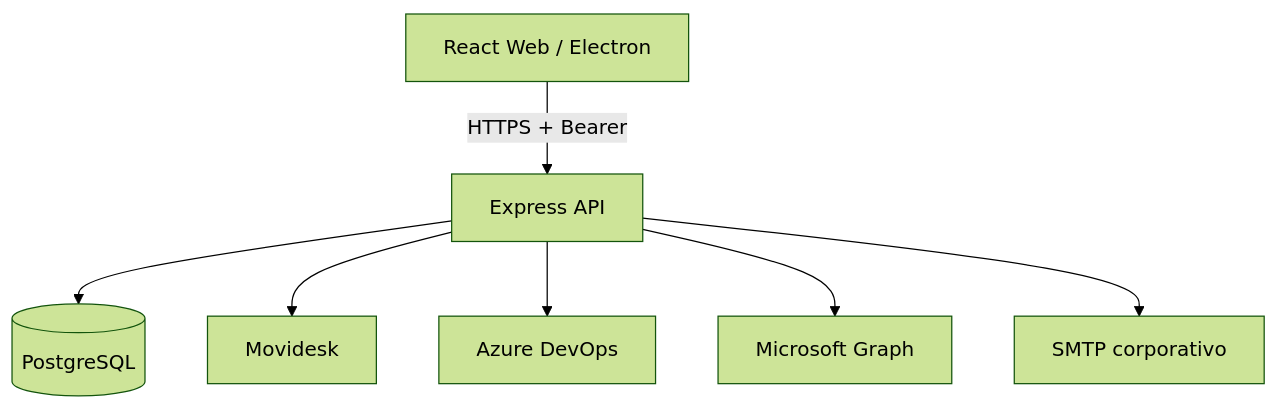
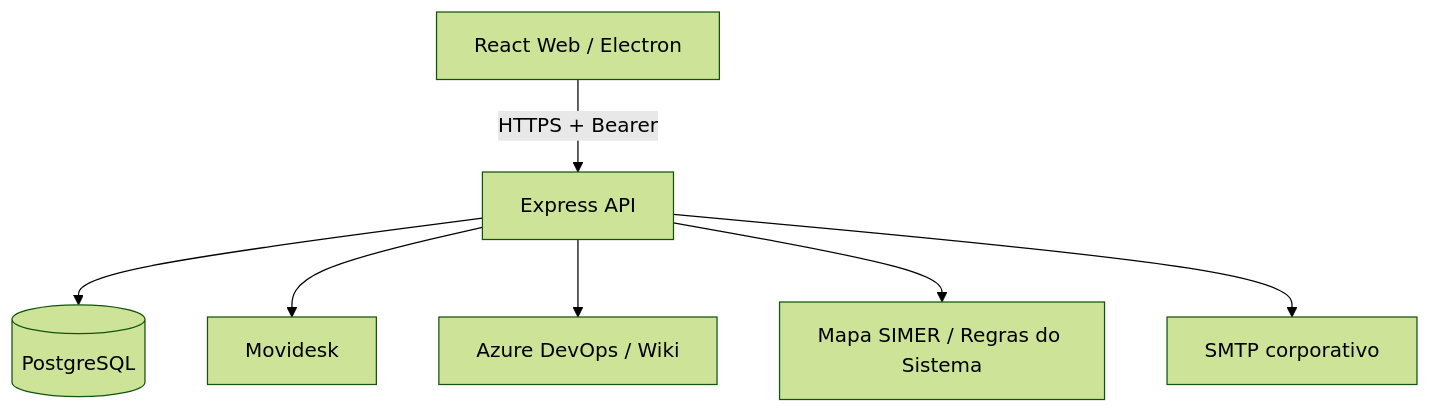
One commit to Taysonrv/techlead-hub changed the diagram in docs/02-Arquitetura.md. Above: the diagram before and after it, drawn with Mermaid (forest theme). The commit also changed other lines of this file, not shown here.

Commit message:
docs: align architecture and security with active integrations

````diff
--- a/docs/02-Arquitetura.md
+++ b/docs/02-Arquitetura.md
@@ -5,9 +5,9 @@
 ```mermaid
 flowchart TD
   UI[React Web / Electron] -->|HTTPS + Bearer| API[Express API]
   API --> DB[(PostgreSQL)]
   API --> MOV[Movidesk]
-  API --> AZ[Azure DevOps]
-  API --> MS[Microsoft Graph]
+  API --> AZ[Azure DevOps / Wiki]
+  API --> MAP[Mapa SIMER / Regras do Sistema]
   API --> SMTP[SMTP corporativo]
 ```
````
